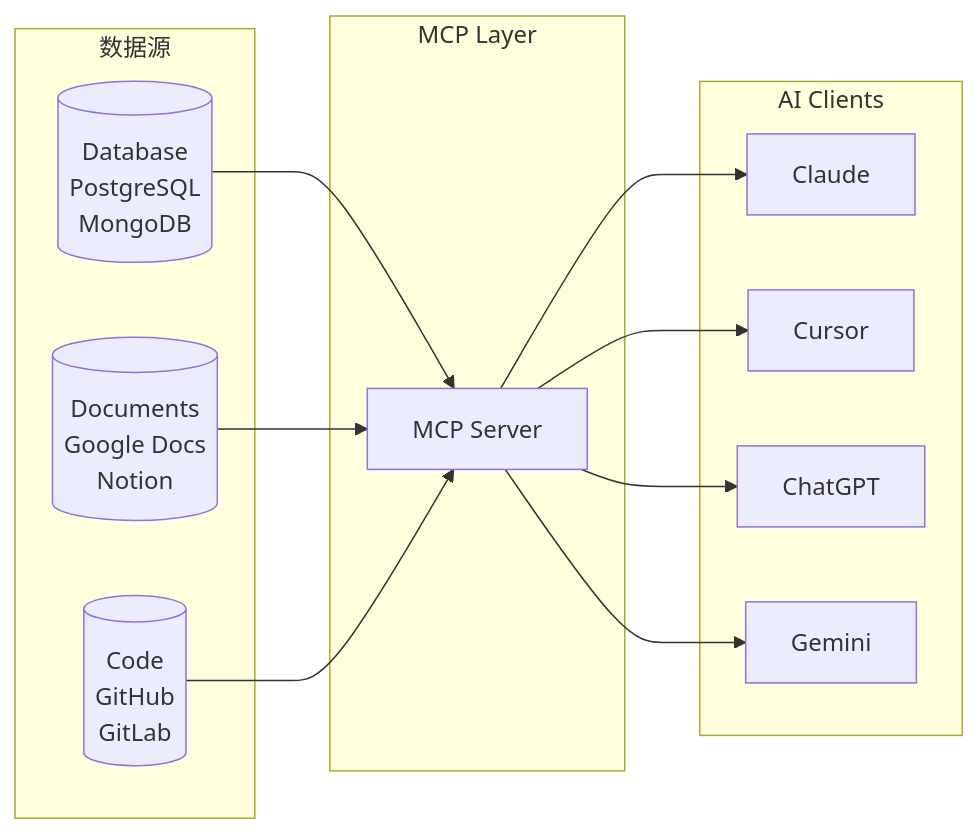
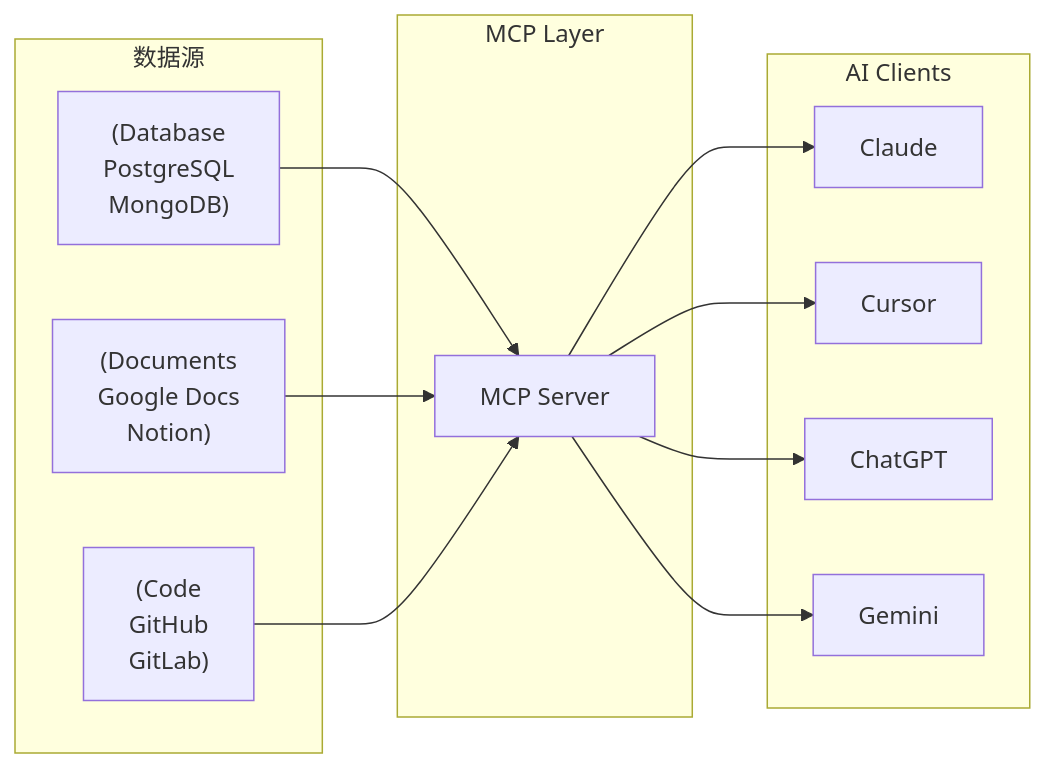
One commit to FreezeSoul/agent-engineering-by-openclaw changed the second of 3 diagrams in articles/concepts/mcp-model-context-protocol.md. Above: the diagram before and after it, drawn with Mermaid. The commit also changed other lines of this file and 5 other files, not shown here.

First line of the commit message:
fix: 修复所有 Mermaid 特殊字符转义问题

````diff
--- a/articles/concepts/mcp-model-context-protocol.md
+++ b/articles/concepts/mcp-model-context-protocol.md
@@ -129,27 +129,27 @@
 ```mermaid
 graph LR
     subgraph "数据源"
-        DB[(Database<br/>PostgreSQL<br/>MongoDB)]
-        DOC[(Documents<br/>Google Docs<br/>Notion)]
-        CODE[(Code<br/>GitHub<br/>GitLab)]
+        DB["(Database<br/>PostgreSQL<br/>MongoDB)"]
+        DOC["(Documents<br/>Google Docs<br/>Notion)"]
+        CODE["(Code<br/>GitHub<br/>GitLab)"]
     end
 
     subgraph "MCP Layer"
         MCP[MCP Server]
     end
 
     subgraph "AI Clients"
         C1[Claude]
         C2[Cursor]
         C3[ChatGPT]
         C4[Gemini]
     end
 
     DB --> MCP
     DOC --> MCP
     CODE --> MCP
     MCP --> C1
     MCP --> C2
     MCP --> C3
     MCP --> C4
 ```
````
